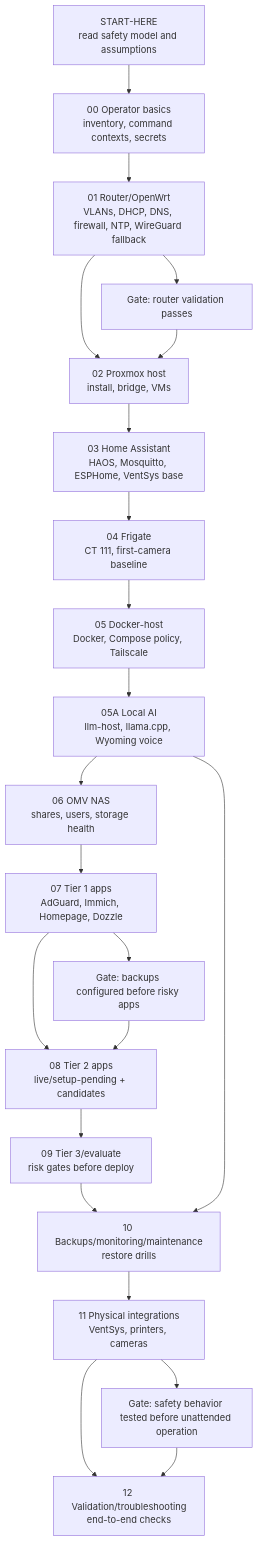
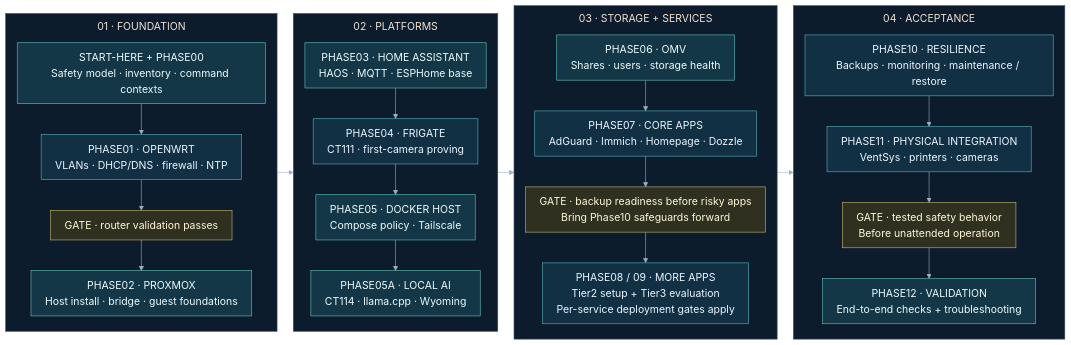
Before and after one commit to Nysplaidame/home-automation-project: the diagram in main/docs/diagrams/install/install-sequence.mermaid, drawn with Mermaid. The commit also changed 18 other files, not shown here.

Commit message:
docs(diagrams): simplify architecture views

```diff
--- a/main/docs/diagrams/install/install-sequence.mermaid
+++ b/main/docs/diagrams/install/install-sequence.mermaid
@@ -1,30 +1,43 @@
-flowchart TB
-    Start["START-HERE<br/>read safety model and assumptions"]
-    P00["00 Operator basics<br/>inventory, command contexts, secrets"]
-    P01["01 Router/OpenWrt<br/>VLANs, DHCP, DNS, firewall, NTP, WireGuard fallback"]
-    P02["02 Proxmox host<br/>install, bridge, VMs"]
-    P03["03 Home Assistant<br/>HAOS, Mosquitto, ESPHome, VentSys base"]
-    P04["04 Frigate<br/>CT 111, first-camera baseline"]
-    P05["05 Docker-host<br/>Docker, Compose policy, Tailscale"]
-    P05A["05A Local AI<br/>llm-host, llama.cpp, Wyoming voice"]
-    P06["06 OMV NAS<br/>shares, users, storage health"]
-    P07["07 Tier 1 apps<br/>AdGuard, Immich, Homepage, Dozzle"]
-    P08["08 Tier 2 apps<br/>live/setup-pending + candidates"]
-    P09["09 Tier 3/evaluate<br/>risk gates before deploy"]
-    P10["10 Backups/monitoring/maintenance<br/>restore drills"]
-    P11["11 Physical integrations<br/>VentSys, printers, cameras"]
-    P12["12 Validation/troubleshooting<br/>end-to-end checks"]
+%%{init: {"theme":"base","fontFamily":"Segoe UI, sans-serif","themeVariables":{"primaryColor":"#123044","primaryTextColor":"#eef6ff","primaryBorderColor":"#58b7bf","lineColor":"#9aafc4","clusterBkg":"#0d1c2d","clusterBorder":"#38516b","tertiaryColor":"#0d1c2d","edgeLabelBackground":"#0b1929","fontFamily":"Segoe UI, sans-serif","fontSize":"18px"},"flowchart":{"curve":"linear","nodeSpacing":20,"rankSpacing":28,"padding":12,"subGraphTitleMargin":{"top":8,"bottom":16},"wrappingWidth":380,"useMaxWidth":false}}}%%
+flowchart LR
+    %% Read each column top to bottom, then advance to the next column.
+    subgraph Foundation["01 · FOUNDATION"]
+        direction TB
+        Start["START-HERE + PHASE00<br/>Safety model · inventory · command contexts"]
+        Router["PHASE01 · OPENWRT<br/>VLANs · DHCP/DNS · firewall · NTP"]
+        RouterGate["GATE · router validation passes"]
+        Proxmox["PHASE02 · PROXMOX<br/>Host install · bridge · guest foundations"]
+        Start --> Router --> RouterGate --> Proxmox
+    end
+    subgraph Platforms["02 · PLATFORMS"]
+        direction TB
+        HA["PHASE03 · HOME ASSISTANT<br/>HAOS · MQTT · ESPHome base"]
+        Frigate["PHASE04 · FRIGATE<br/>CT111 · first-camera proving"]
+        Docker["PHASE05 · DOCKER HOST<br/>Compose policy · Tailscale"]
+        AI["PHASE05A · LOCAL AI<br/>CT114 · llama.cpp · Wyoming"]
+        HA --> Frigate --> Docker --> AI
+    end
+    subgraph Services["03 · STORAGE + SERVICES"]
+        direction TB
+        NAS["PHASE06 · OMV<br/>Shares · users · storage health"]
+        Tier1["PHASE07 · CORE APPS<br/>AdGuard · Immich · Homepage · Dozzle"]
+        BackupGate["GATE · backup readiness before risky apps<br/>Bring Phase10 safeguards forward"]
+        Tier23["PHASE08 / 09 · MORE APPS<br/>Tier2 setup + Tier3 evaluation<br/>Per-service deployment gates apply"]
+        NAS --> Tier1 --> BackupGate --> Tier23
+    end
+    subgraph Acceptance["04 · ACCEPTANCE"]
+        direction TB
+        Backup["PHASE10 · RESILIENCE<br/>Backups · monitoring · maintenance / restore"]
+        Physical["PHASE11 · PHYSICAL INTEGRATION<br/>VentSys · printers · cameras"]
+        Safety["GATE · tested safety behavior<br/>Before unattended operation"]
+        Finish["PHASE12 · VALIDATION<br/>End-to-end checks + troubleshooting"]
+        Backup --> Physical --> Safety --> Finish
+    end
+    Foundation --> Platforms --> Services --> Acceptance
+    class Start,Proxmox,HA,Docker,AI,NAS,Finish core
+    class RouterGate,BackupGate,Safety policy
 
-    Start --> P00 --> P01 --> P02 --> P03 --> P04 --> P05 --> P05A --> P06 --> P07 --> P08 --> P09 --> P10 --> P11 --> P12
-
-    Gate1["Gate: router validation passes"]
-    Gate2["Gate: backups configured before risky apps"]
-    Gate3["Gate: safety behavior tested before unattended operation"]
-
-    P01 --> Gate1
-    Gate1 --> P02
-    P05A --> P10
-    P07 --> Gate2
-    Gate2 --> P08
-    P11 --> Gate3
-    Gate3 --> P12
+    classDef core fill:#143747,stroke:#63c9bd,color:#eefbfa
+    classDef store fill:#292745,stroke:#aa99db,color:#f2edff
+    classDef policy fill:#2f301f,stroke:#c7bc77,color:#fff9d8
+    classDef deferred fill:#1b2638,stroke:#9dabc1,color:#d3dfef,stroke-dasharray:5 4
```
